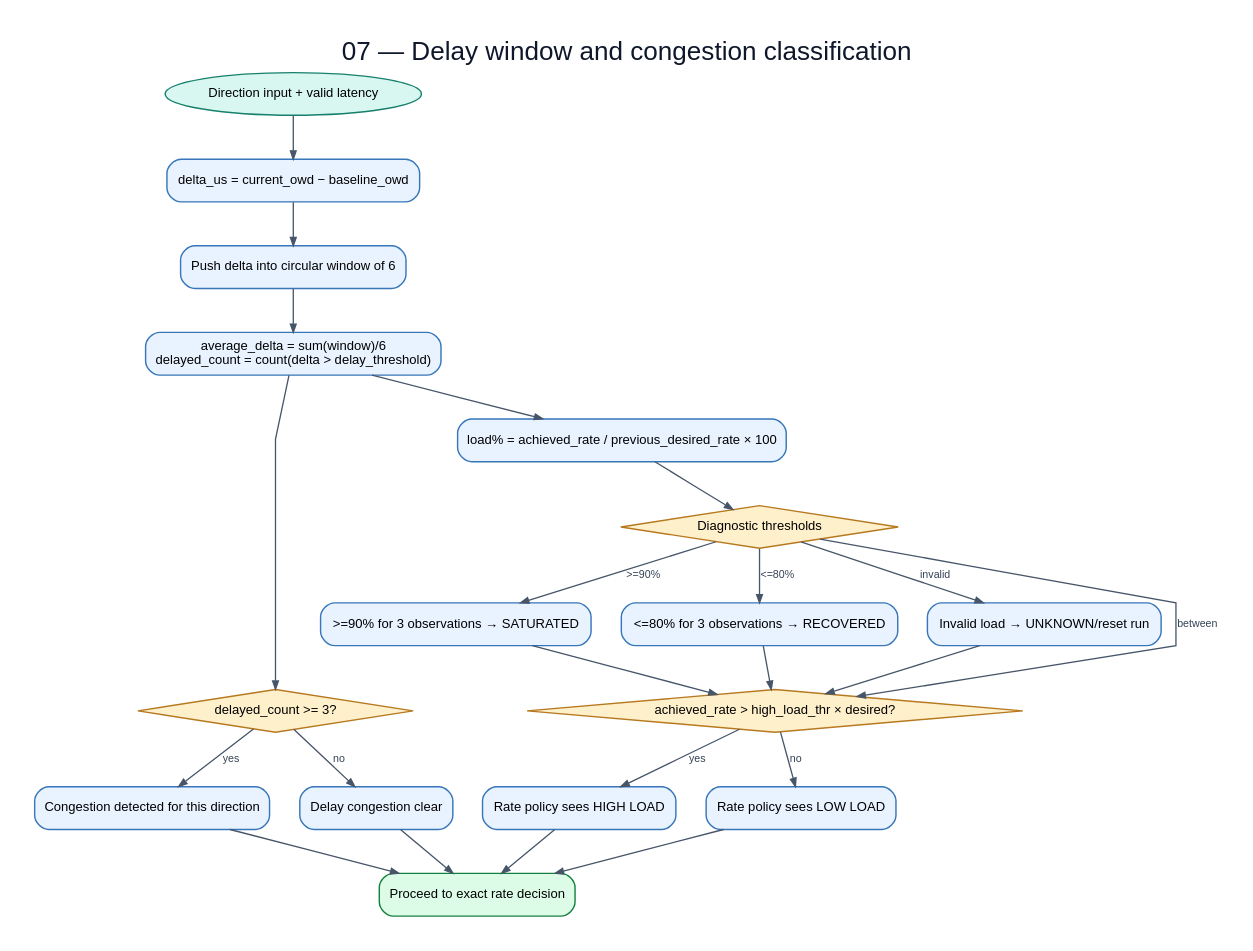
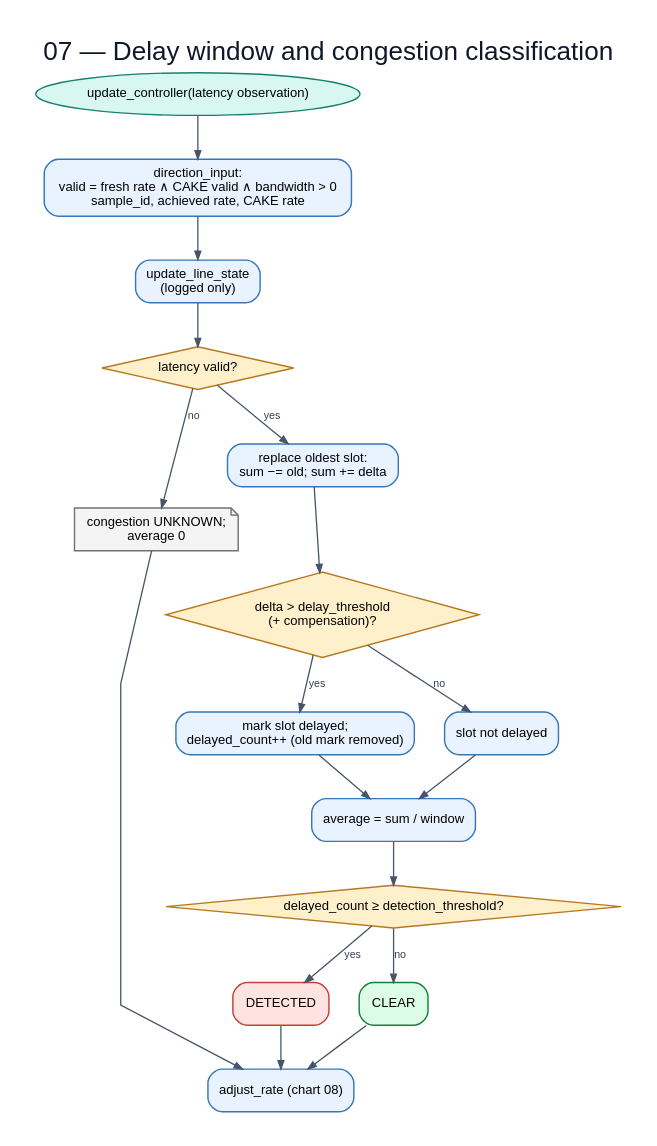
One commit to huydoan94/cake-adapt changed the diagram in flowchart/diagrams/07-controller-window.dot. Above: the diagram before and after it, drawn with Graphviz. The commit also changed 38 other files, not shown here.

First line of the commit message:
Redraw the flowcharts from the current sources

```diff
--- a/flowchart/diagrams/07-controller-window.dot
+++ b/flowchart/diagrams/07-controller-window.dot
@@ -1,42 +1,35 @@
 digraph G {
   graph [rankdir=TB,bgcolor="white",pad="0.30",nodesep="0.35",ranksep="0.48",splines=polyline,fontname="Arial",label="07 — Delay window and congestion classification",labelloc=t,fontsize=22,fontcolor="#0f172a"];
   node [fontname="Arial",fontsize=11,margin="0.14,0.09",penwidth=1.2];
   edge [fontname="Arial",fontsize=9,color="#475569",fontcolor="#334155",arrowsize=0.7,penwidth=1.1];
-  input [label="Direction input + valid latency",shape=oval,style="filled",fillcolor="#d9f7f1",color="#17806d"];
-  delta [label="delta_us = current_owd − baseline_owd",shape=box,style="rounded,filled",fillcolor="#e9f2ff",color="#3676b9"];
-  push [label="Push delta into circular window of 6",shape=box,style="rounded,filled",fillcolor="#e9f2ff",color="#3676b9"];
-  stats [label="average_delta = sum(window)/6\ndelayed_count = count(delta > delay_threshold)",shape=box,style="rounded,filled",fillcolor="#e9f2ff",color="#3676b9"];
-  congestion [label="delayed_count >= 3?",shape=diamond,style="filled",fillcolor="#fff0cc",color="#b7791f"];
-  detected [label="Congestion detected for this direction",shape=box,style="rounded,filled",fillcolor="#e9f2ff",color="#3676b9"];
-  clear [label="Delay congestion clear",shape=box,style="rounded,filled",fillcolor="#e9f2ff",color="#3676b9"];
-  load [label="load% = achieved_rate / previous_desired_rate × 100",shape=box,style="rounded,filled",fillcolor="#e9f2ff",color="#3676b9"];
-  diag [label="Diagnostic thresholds",shape=diamond,style="filled",fillcolor="#fff0cc",color="#b7791f"];
-  sat [label=">=90% for 3 observations → SATURATED",shape=box,style="rounded,filled",fillcolor="#e9f2ff",color="#3676b9"];
-  recover [label="<=80% for 3 observations → RECOVERED",shape=box,style="rounded,filled",fillcolor="#e9f2ff",color="#3676b9"];
-  unknown [label="Invalid load → UNKNOWN/reset run",shape=box,style="rounded,filled",fillcolor="#e9f2ff",color="#3676b9"];
-  rateclass [label="achieved_rate > high_load_thr × desired?",shape=diamond,style="filled",fillcolor="#fff0cc",color="#b7791f"];
-  high [label="Rate policy sees HIGH LOAD",shape=box,style="rounded,filled",fillcolor="#e9f2ff",color="#3676b9"];
-  low [label="Rate policy sees LOW LOAD",shape=box,style="rounded,filled",fillcolor="#e9f2ff",color="#3676b9"];
-  next [label="Proceed to exact rate decision",shape=box,style="rounded,filled,bold",fillcolor="#dcfce7",color="#15803d"];
-  input -> delta;
-  delta -> push;
-  push -> stats;
-  stats -> congestion;
-  congestion -> detected [label="yes"];
-  congestion -> clear [label="no"];
-  stats -> load;
-  load -> diag;
-  diag -> sat [label=">=90%"];
-  diag -> recover [label="<=80%"];
-  diag -> unknown [label="invalid"];
-  diag -> rateclass [label="between"];
-  sat -> rateclass;
-  recover -> rateclass;
-  unknown -> rateclass;
-  rateclass -> high [label="yes"];
-  rateclass -> low [label="no"];
-  detected -> next;
-  clear -> next;
-  high -> next;
-  low -> next;
+  input [label="update_controller(latency observation)",shape=oval,style="filled",fillcolor="#d9f7f1",color="#17806d"];
+  dir [label="direction_input:\nvalid = fresh rate ∧ CAKE valid ∧ bandwidth > 0\nsample_id, achieved rate, CAKE rate",shape=box,style="rounded,filled",fillcolor="#e9f2ff",color="#3676b9"];
+  line [label="update_line_state\n(logged only)",shape=box,style="rounded,filled",fillcolor="#e9f2ff",color="#3676b9"];
+  lat [label="latency valid?",shape=diamond,style="filled",fillcolor="#fff0cc",color="#b7791f"];
+  unknown [label="congestion UNKNOWN;\naverage 0",shape=note,style="filled",fillcolor="#f4f4f5",color="#71717a"];
+  slot [label="replace oldest slot:\nsum −= old; sum += delta",shape=box,style="rounded,filled",fillcolor="#e9f2ff",color="#3676b9"];
+  delayed [label="delta > delay_threshold\n(+ compensation)?",shape=diamond,style="filled",fillcolor="#fff0cc",color="#b7791f"];
+  inc [label="mark slot delayed;\ndelayed_count++ (old mark removed)",shape=box,style="rounded,filled",fillcolor="#e9f2ff",color="#3676b9"];
+  clr [label="slot not delayed",shape=box,style="rounded,filled",fillcolor="#e9f2ff",color="#3676b9"];
+  avg [label="average = sum / window",shape=box,style="rounded,filled",fillcolor="#e9f2ff",color="#3676b9"];
+  thr [label="delayed_count ≥ detection_threshold?",shape=diamond,style="filled",fillcolor="#fff0cc",color="#b7791f"];
+  det [label="DETECTED",shape=box,style="rounded,filled",fillcolor="#ffe3e0",color="#c2413b"];
+  clear [label="CLEAR",shape=box,style="rounded,filled,bold",fillcolor="#dcfce7",color="#15803d"];
+  rate [label="adjust_rate (chart 08)",shape=box,style="rounded,filled",fillcolor="#e9f2ff",color="#3676b9"];
+  input -> dir;
+  dir -> line;
+  line -> lat;
+  lat -> unknown [label="no"];
+  lat -> slot [label="yes"];
+  slot -> delayed;
+  delayed -> inc [label="yes"];
+  delayed -> clr [label="no"];
+  inc -> avg;
+  clr -> avg;
+  avg -> thr;
+  thr -> det [label="yes"];
+  thr -> clear [label="no"];
+  det -> rate;
+  clear -> rate;
+  unknown -> rate;
 }
```
